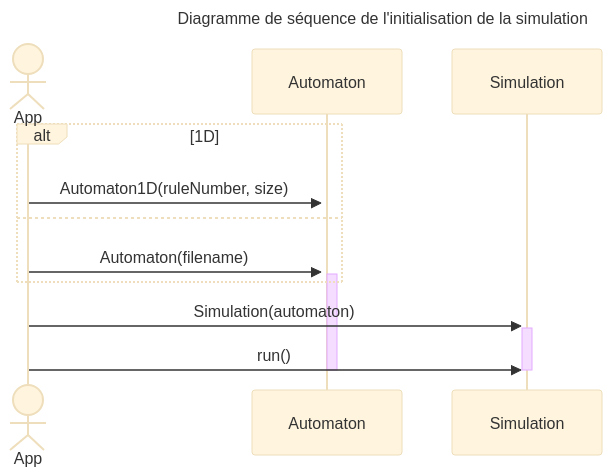
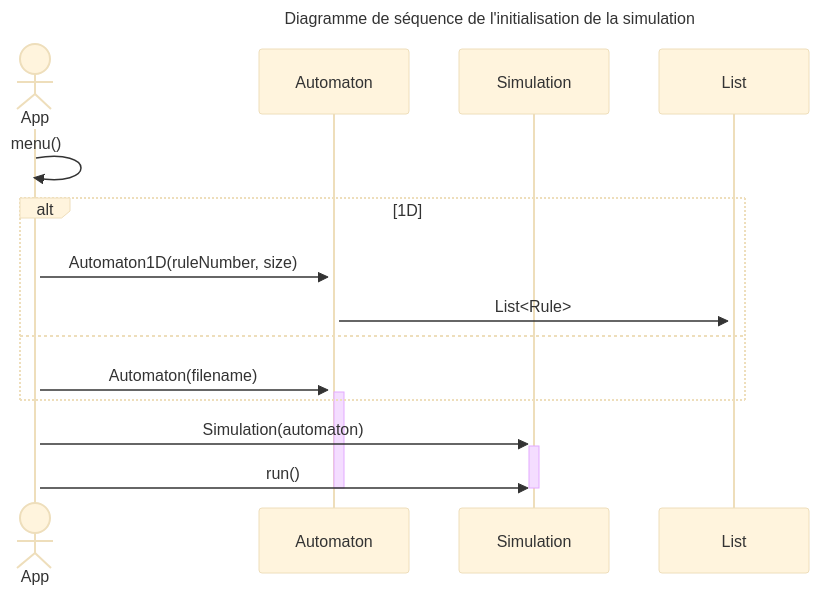
One commit to rrrroo/APO_Automates changed the diagram in doc/uml/sequenceDiagramInitialisation.md. Above: the diagram before and after it, drawn with Mermaid (base theme). The commit also changed 9 other files, not shown here.

````diff
--- a/doc/uml/sequenceDiagramInitialisation.md
+++ b/doc/uml/sequenceDiagramInitialisation.md
@@ -1,20 +1,22 @@
 ```mermaid
 sequenceDiagram
     title Diagramme de séquence de l'initialisation de la simulation
 
     actor App
     participant Automaton
     participant Simulation
 
+    App ->>+ App: menu()
     alt 1D
         App ->>+ Automaton: Automaton1D(ruleNumber, size)
+        Automaton ->>+ List: List<Rule>
         %% TODO
     else
         App ->>+ Automaton: Automaton(filename)
         %% TODO
     end
     App ->>+ Simulation: Simulation(automaton)
     App ->> Simulation: run()
     deactivate Simulation
     deactivate Automaton
 ```
````
